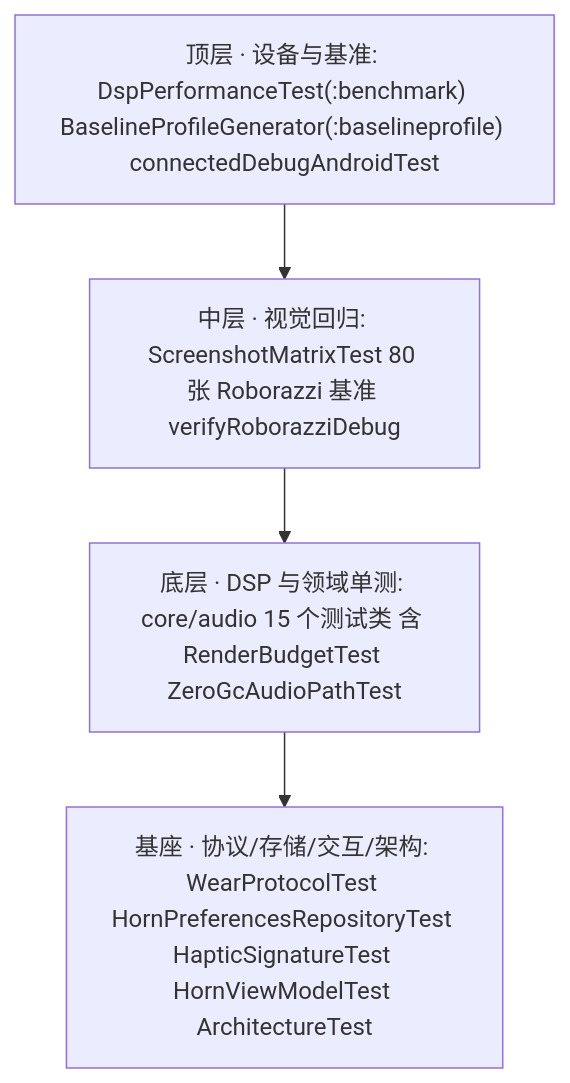
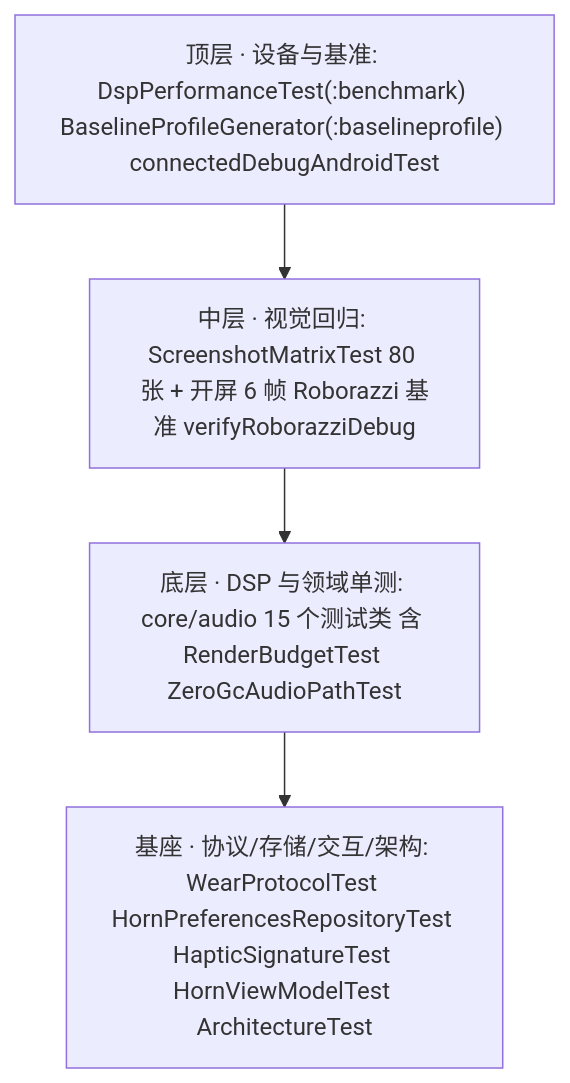
One commit to 424635328/Horn changed the diagram in docs/spec/05-dx-quality-and-ci.md. Above: the diagram before and after it, drawn with Mermaid. The commit also changed other lines of this file and 15 other files, not shown here.

````diff
--- a/docs/spec/05-dx-quality-and-ci.md
+++ b/docs/spec/05-dx-quality-and-ci.md
@@ -188,6 +188,6 @@
 ```mermaid
 graph TD
-    T3["顶层 · 设备与基准: DspPerformanceTest(:benchmark) BaselineProfileGenerator(:baselineprofile) connectedDebugAndroidTest"] --> T2["中层 · 视觉回归: ScreenshotMatrixTest 80 张 Roborazzi 基准 verifyRoborazziDebug"]
+    T3["顶层 · 设备与基准: DspPerformanceTest(:benchmark) BaselineProfileGenerator(:baselineprofile) connectedDebugAndroidTest"] --> T2["中层 · 视觉回归: ScreenshotMatrixTest 80 张 + 开屏 6 帧 Roborazzi 基准 verifyRoborazziDebug"]
     T2 --> T1["底层 · DSP 与领域单测: core/audio 15 个测试类 含 RenderBudgetTest ZeroGcAudioPathTest"]
     T1 --> T0["基座 · 协议/存储/交互/架构: WearProtocolTest HornPreferencesRepositoryTest HapticSignatureTest HornViewModelTest ArchitectureTest"]
 ```
````
